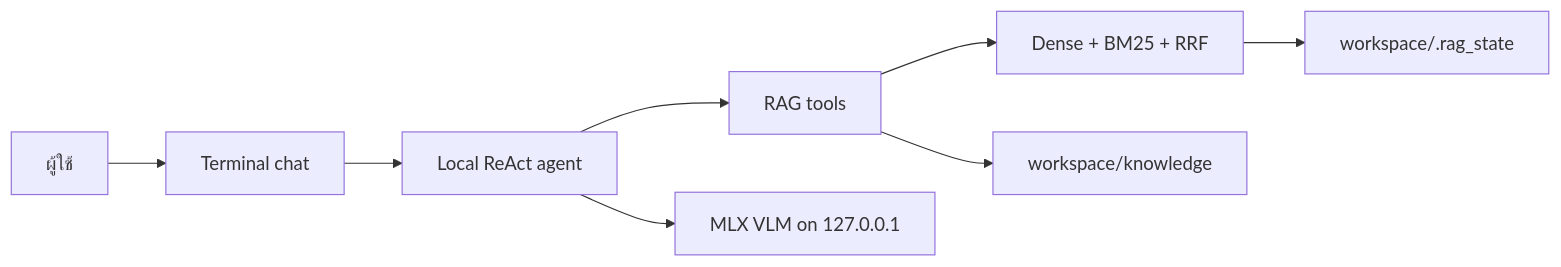
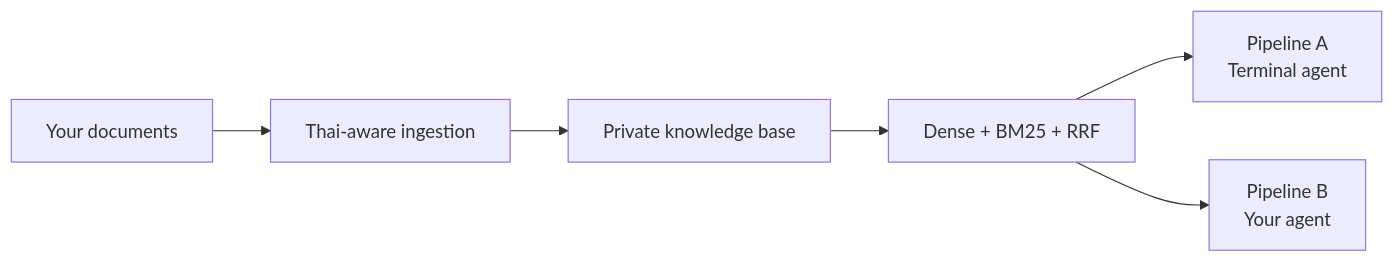
One commit to halochamp/ENDEAVOR_RAG_LITE changed the diagram in README.md. Above: the diagram before and after it, drawn with Mermaid. The commit also changed other lines of this file, not shown here.

Commit message:
docs: present the two ENDEAVOR RAG pipelines

````diff
--- a/README.md
+++ b/README.md
@@ -74,10 +29,8 @@
 ```mermaid
 flowchart LR
-    U[ผู้ใช้] --> C[Terminal chat]
-    C --> A[Local ReAct agent]
-    A --> R[RAG tools]
-    R --> X[Dense + BM25 + RRF]
-    X --> S[workspace/.rag_state]
-    R --> D[workspace/knowledge]
-    A --> M[MLX VLM on 127.0.0.1]
+    D[Your documents] --> I[Thai-aware ingestion]
+    I --> K[Private knowledge base]
+    K --> R[Dense + BM25 + RRF]
+    R --> A[Pipeline A\nTerminal agent]
+    R --> B[Pipeline B\nYour agent]
 ```
````
